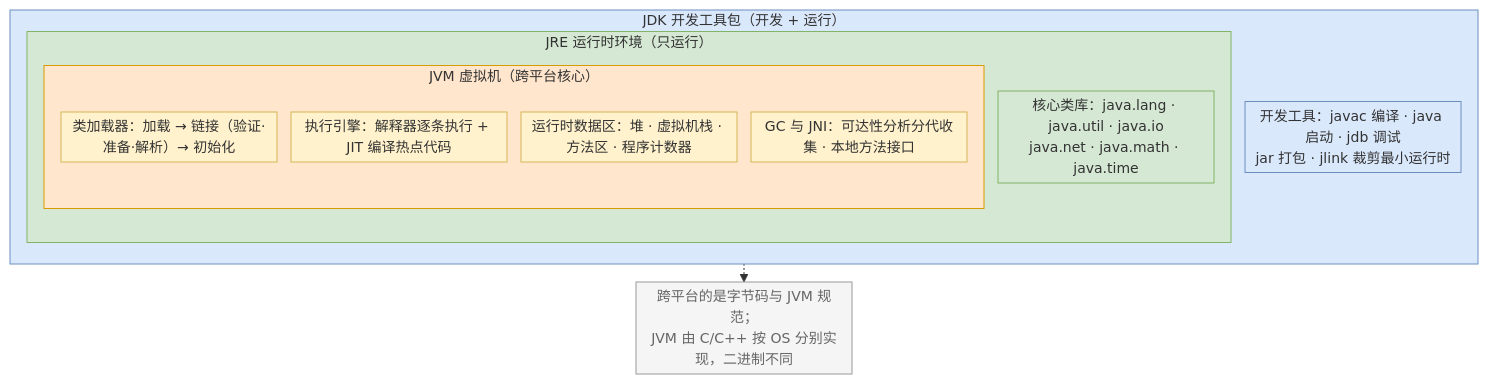
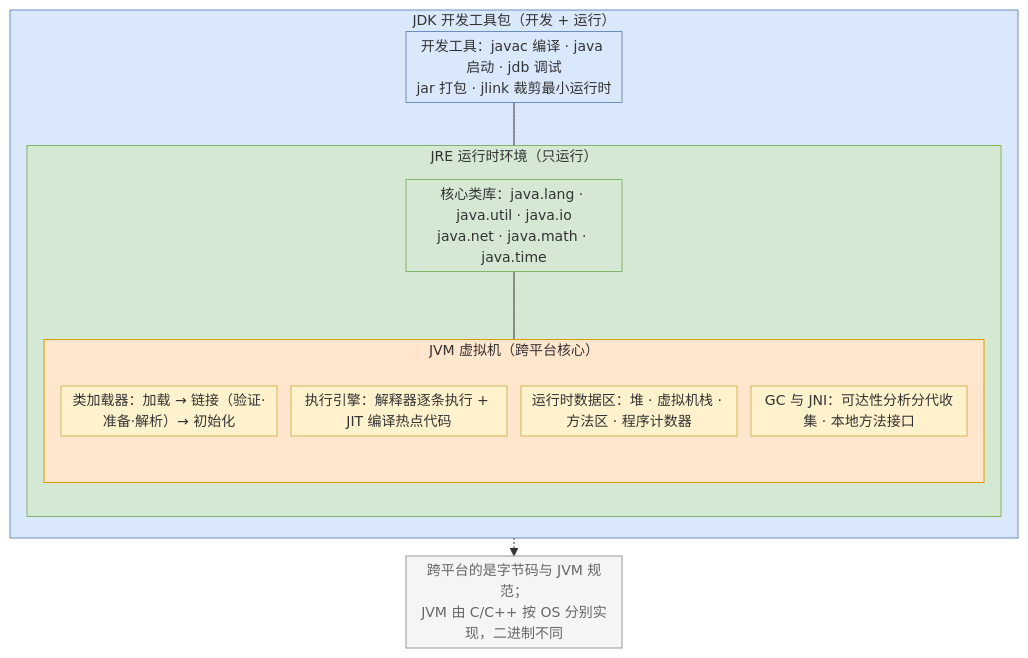
Before and after one commit to MrLsz/Glimmer: the first of 13 diagrams in notes/java/01-Java基础语法.md, drawn with Mermaid. The commit also changed other lines of this file, not shown here.

Commit message:
docs: Java基础语法文档剩余配图改用 mermaid 内嵌（13 图 + 三方对比表格）

````diff
--- a/notes/java/01-Java基础语法.md
+++ b/notes/java/01-Java基础语法.md
@@ -80,33 +83,35 @@
 ```mermaid
 %%{init: {"flowchart": {"useMaxWidth": false, "nodeSpacing": 14, "rankSpacing": 18, "padding": 4, "diagramPadding": 16}, "themeVariables": {"fontSize": "14px"}}}%%
 flowchart TD
     subgraph JDK["JDK 开发工具包（开发 + 运行）"]
         direction TB
         T["开发工具：javac 编译 · java 启动 · jdb 调试<br/>jar 打包 · jlink 裁剪最小运行时"]
         subgraph JRE["JRE 运行时环境（只运行）"]
             direction TB
             L["核心类库：java.lang · java.util · java.io<br/>java.net · java.math · java.time"]
             subgraph JVM["JVM 虚拟机（跨平台核心）"]
                 direction TB
                 A["类加载器：加载 → 链接（验证·准备·解析）→ 初始化"]
                 B["执行引擎：解释器逐条执行 + JIT 编译热点代码"]
                 C["运行时数据区：堆 · 虚拟机栈 · 方法区 · 程序计数器"]
                 D["GC 与 JNI：可达性分析分代收集 · 本地方法接口"]
             end
+            L --- JVM
         end
+        T --- JRE
     end
     N["跨平台的是字节码与 JVM 规范；<br/>JVM 由 C/C++ 按 OS 分别实现，二进制不同"]
 
     JDK -.-> N
 
     style JDK fill:#dae8fc,stroke:#6c8ebf,stroke-width:1px,color:#333333
     style JRE fill:#d5e8d4,stroke:#82b366,stroke-width:1px,color:#333333
     style JVM fill:#ffe6cc,stroke:#d79b00,stroke-width:1px,color:#333333
     style T fill:#dae8fc,stroke:#6c8ebf,stroke-width:1px,color:#333333
     style L fill:#d5e8d4,stroke:#82b366,stroke-width:1px,color:#333333
     style A fill:#fff2cc,stroke:#d6b656,stroke-width:1px,color:#333333
     style B fill:#fff2cc,stroke:#d6b656,stroke-width:1px,color:#333333
     style C fill:#fff2cc,stroke:#d6b656,stroke-width:1px,color:#333333
     style D fill:#fff2cc,stroke:#d6b656,stroke-width:1px,color:#333333
     style N fill:#f5f5f5,stroke:#999999,stroke-width:1px,color:#666666
 ```
````
